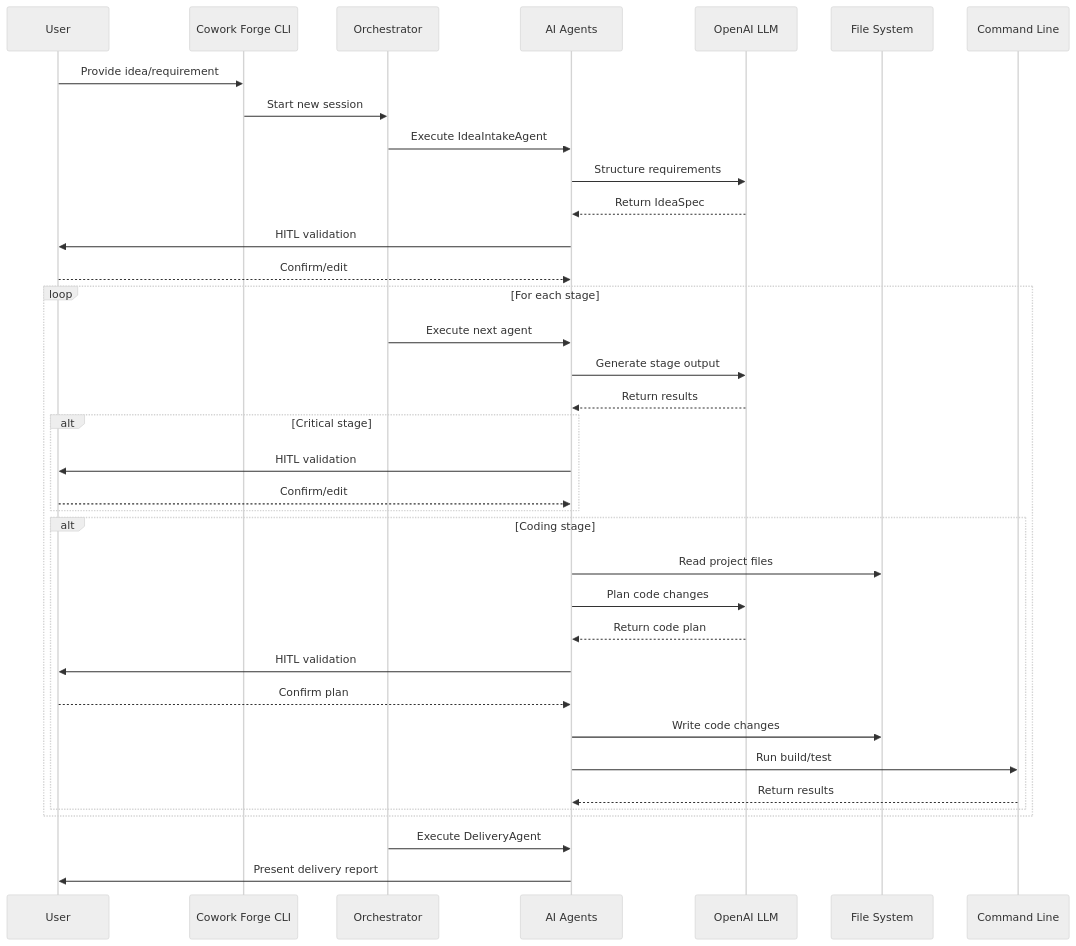
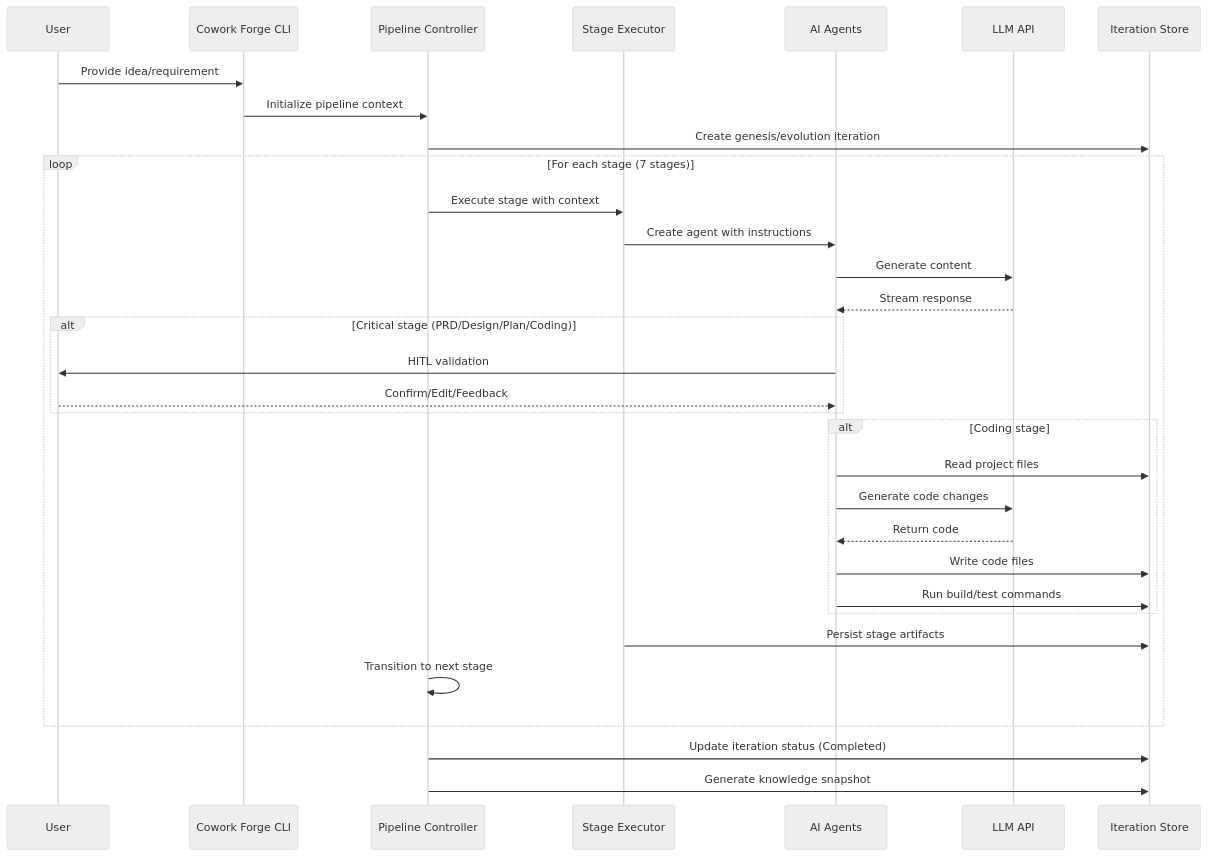
One commit to sopaco/cowork-forge changed the second of 3 diagrams in README.md. Above: the diagram before and after it, drawn with Mermaid (neutral theme). The commit also changed other lines of this file and 1 other file, not shown here.

First line of the commit message:
Update architecture to hexagonal design

````diff
--- a/README.md
+++ b/README.md
@@ -280,43 +289,40 @@
 ```mermaid
 sequenceDiagram
     participant User as User
     participant CLI as Cowork Forge CLI
-    participant Orch as Orchestrator
+    participant Pipeline as Pipeline Controller
+    participant Stage as Stage Executor
     participant Agents as AI Agents
-    participant LLM as OpenAI LLM
-    participant FS as File System
-    participant CMD as Command Line
+    participant LLM as LLM API
+    participant Store as Iteration Store
 
     User->>CLI: Provide idea/requirement
-    CLI->>Orch: Start new session
-    Orch->>Agents: Execute IdeaIntakeAgent
-    Agents->>LLM: Structure requirements
-    LLM-->>Agents: Return IdeaSpec
-    Agents->>User: HITL validation
-    User-->>Agents: Confirm/edit
+    CLI->>Pipeline: Initialize pipeline context
+    Pipeline->>Store: Create genesis/evolution iteration
     
-    loop For each stage
-        Orch->>Agents: Execute next agent
-        Agents->>LLM: Generate stage output
-        LLM-->>Agents: Return results
+    loop For each stage (7 stages)
+        Pipeline->>Stage: Execute stage with context
+        Stage->>Agents: Create agent with instructions
+        Agents->>LLM: Generate content
+        LLM-->>Agents: Stream response
         
-        alt Critical stage
+        alt Critical stage (PRD/Design/Plan/Coding)
             Agents->>User: HITL validation
-            User-->>Agents: Confirm/edit
+            User-->>Agents: Confirm/Edit/Feedback
         end
         
         alt Coding stage
-            Agents->>FS: Read project files
-            Agents->>LLM: Plan code changes
-            LLM-->>Agents: Return code plan
-            Agents->>User: HITL validation
-            User-->>Agents: Confirm plan
-            Agents->>FS: Write code changes
-            Agents->>CMD: Run build/test
-            CMD-->>Agents: Return results
+            Agents->>Store: Read project files
+            Agents->>LLM: Generate code changes
+            LLM-->>Agents: Return code
+            Agents->>Store: Write code files
+            Agents->>Store: Run build/test commands
         end
+        
+        Stage->>Store: Persist stage artifacts
+        Pipeline->>Pipeline: Transition to next stage
     end
     
-    Orch->>Agents: Execute DeliveryAgent
-    Agents->>User: Present delivery report
+    Pipeline->>Store: Update iteration status (Completed)
+    Pipeline->>Store: Generate knowledge snapshot
 ```
````
